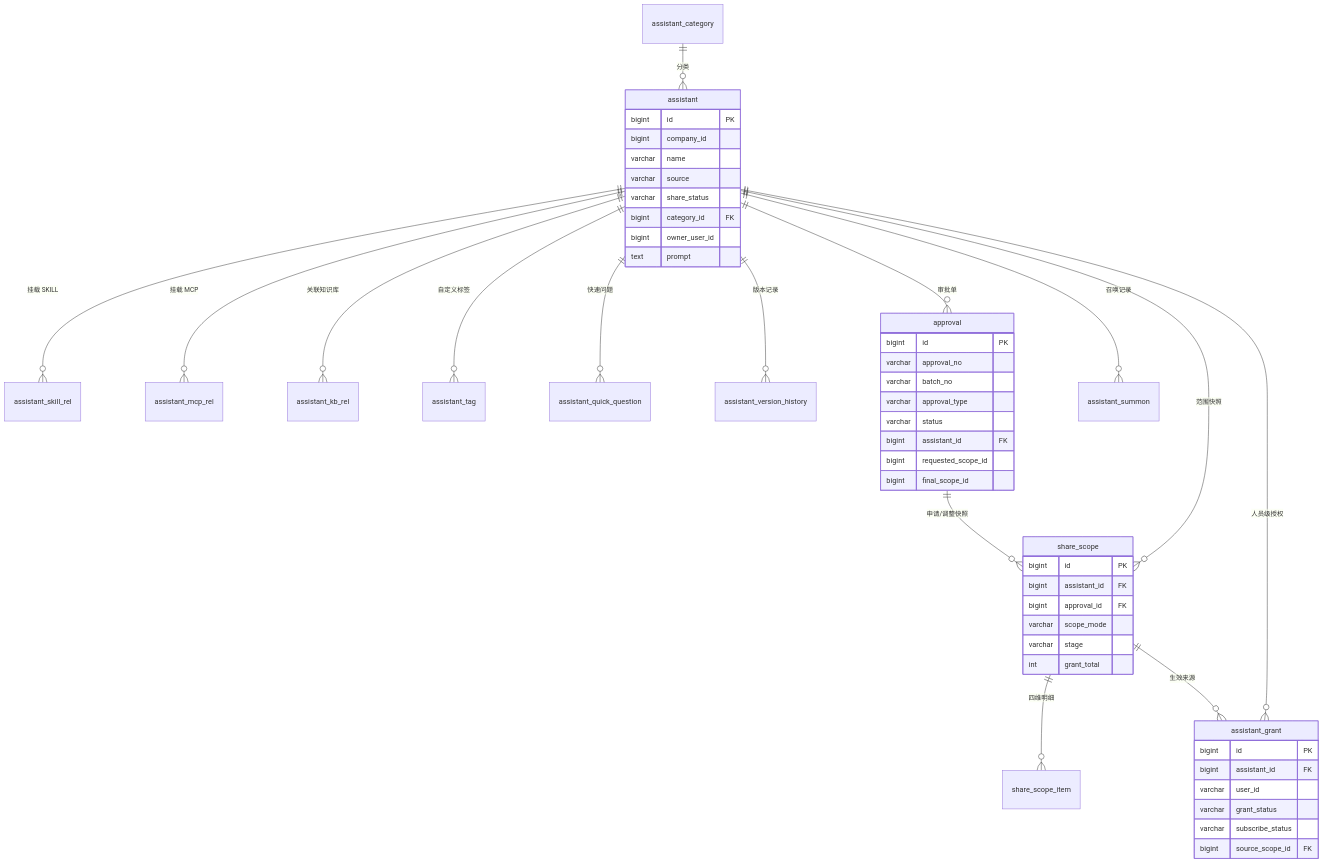
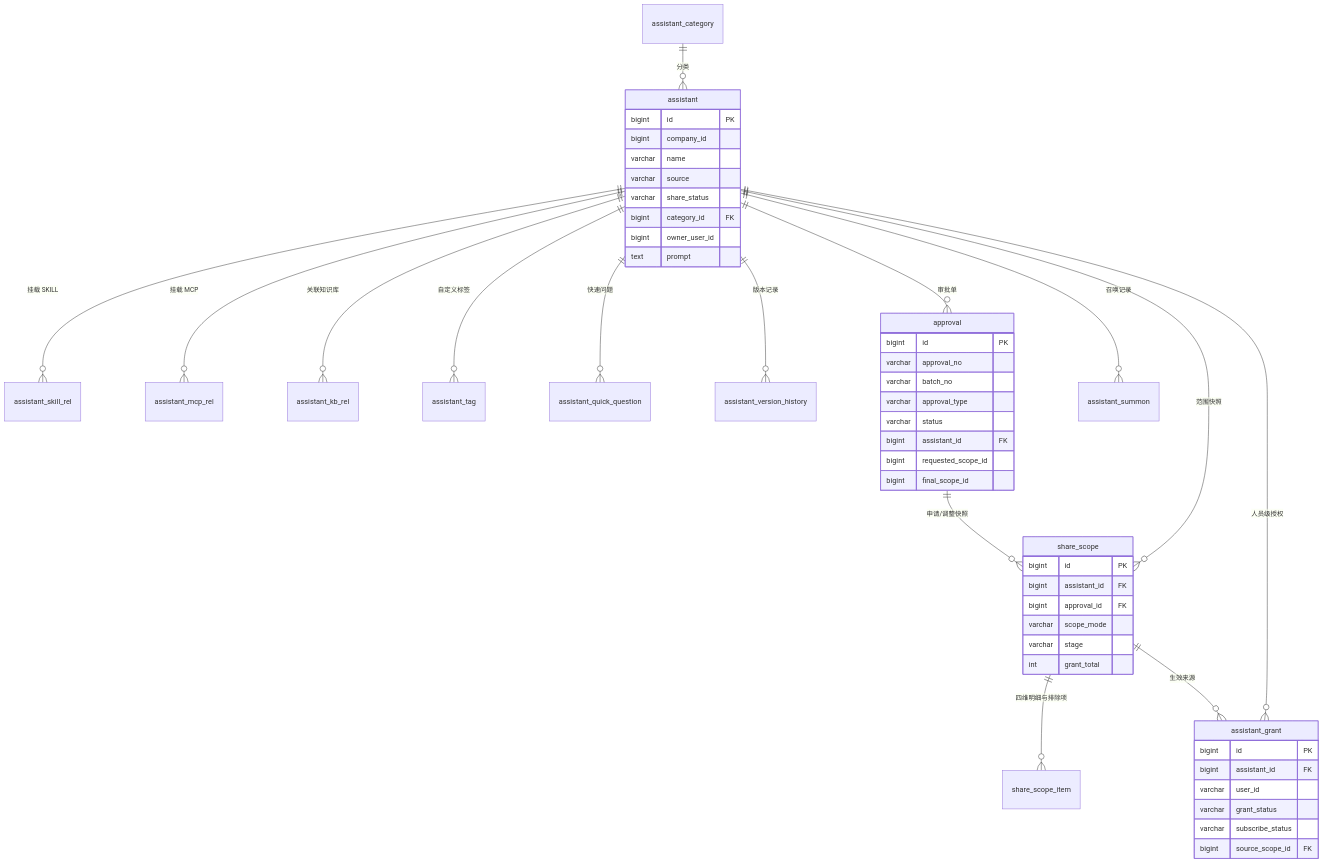
Before and after one commit to kemix-zjj/agent_assistant: the diagram in docs/02-数据库设计.md, drawn with Mermaid. The commit also changed other lines of this file and 22 other files, not shown here.

````diff
--- a/docs/02-数据库设计.md
+++ b/docs/02-数据库设计.md
@@ -40,54 +40,54 @@
 ```mermaid
 erDiagram
     assistant_category ||--o{ assistant : "分类"
     assistant ||--o{ assistant_skill_rel : "挂载 SKILL"
     assistant ||--o{ assistant_mcp_rel : "挂载 MCP"
     assistant ||--o{ assistant_kb_rel : "关联知识库"
     assistant ||--o{ assistant_tag : "自定义标签"
     assistant ||--o{ assistant_quick_question : "快速问题"
     assistant ||--o{ assistant_version_history : "版本记录"
     assistant ||--o{ share_scope : "范围快照"
-    share_scope ||--o{ share_scope_item : "四维明细"
+    share_scope ||--o{ share_scope_item : "四维明细与排除项"
     assistant ||--o{ assistant_grant : "人员级授权"
     assistant ||--o{ approval : "审批单"
     approval ||--o{ share_scope : "申请/调整快照"
     share_scope ||--o{ assistant_grant : "生效来源"
     assistant ||--o{ assistant_summon : "召唤记录"
 
     assistant {
         bigint id PK
         bigint company_id
         varchar name
         varchar source
         varchar share_status
         bigint category_id FK
         bigint owner_user_id
         text prompt
     }
     approval {
         bigint id PK
         varchar approval_no
         varchar batch_no
         varchar approval_type
         varchar status
         bigint assistant_id FK
         bigint requested_scope_id
         bigint final_scope_id
     }
     share_scope {
         bigint id PK
         bigint assistant_id FK
         bigint approval_id FK
         varchar scope_mode
         varchar stage
         int grant_total
     }
     assistant_grant {
         bigint id PK
         bigint assistant_id FK
         varchar user_id
         varchar grant_status
         varchar subscribe_status
         bigint source_scope_id FK
     }
 ```
````
